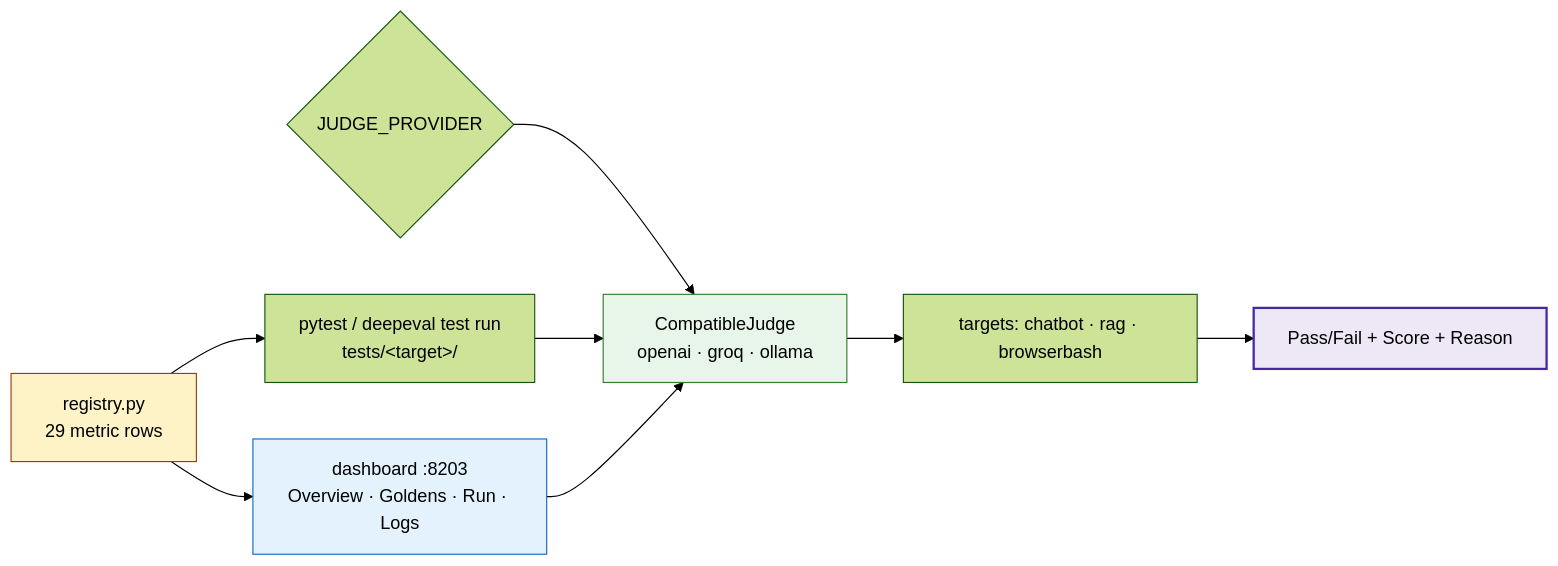
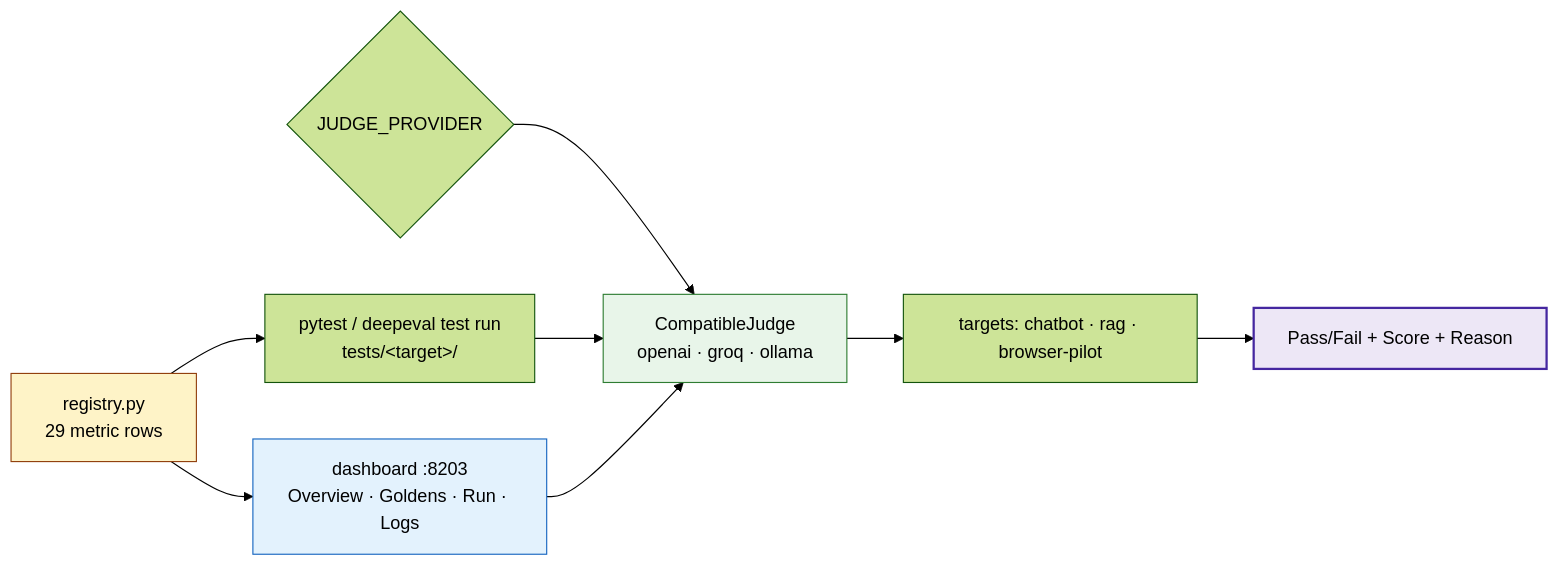
One commit to shinuailabs/ShinuAILabs-MasteryHub changed the fourth of 5 diagrams in QE-AI-Track/Part_19_DeepEval_Framework/README.md. Above: the diagram before and after it, drawn with Mermaid (forest theme). The commit also changed other lines of this file and 30 other files, not shown here.

Commit message:
feat: rename Browserbash→Browser Pilot, remove 90-day timeline, add GitHub Pages site

````diff
--- a/QE-AI-Track/Part_19_DeepEval_Framework/README.md
+++ b/QE-AI-Track/Part_19_DeepEval_Framework/README.md
@@ -136,15 +136,15 @@
 ```mermaid
 flowchart LR
     REG[registry.py<br/>29 metric rows] --> PY[pytest / deepeval test run<br/>tests/&lt;target&gt;/]
     REG --> DASH[dashboard :8203<br/>Overview · Goldens · Run · Logs]
     JP{JUDGE_PROVIDER} --> J[CompatibleJudge<br/>openai · groq · ollama]
     PY --> J
     DASH --> J
-    J --> T[targets: chatbot · rag · browserbash]
+    J --> T[targets: chatbot · rag · browser-pilot]
     T --> V[Pass/Fail + Score + Reason]
 
     style REG fill:#fef3c7,stroke:#92400e
     style J fill:#e8f5e9,stroke:#2e7d32
     style DASH fill:#e3f2fd,stroke:#1565c0
     style V fill:#ede7f6,stroke:#4527a0,stroke-width:2px
 ```
````
